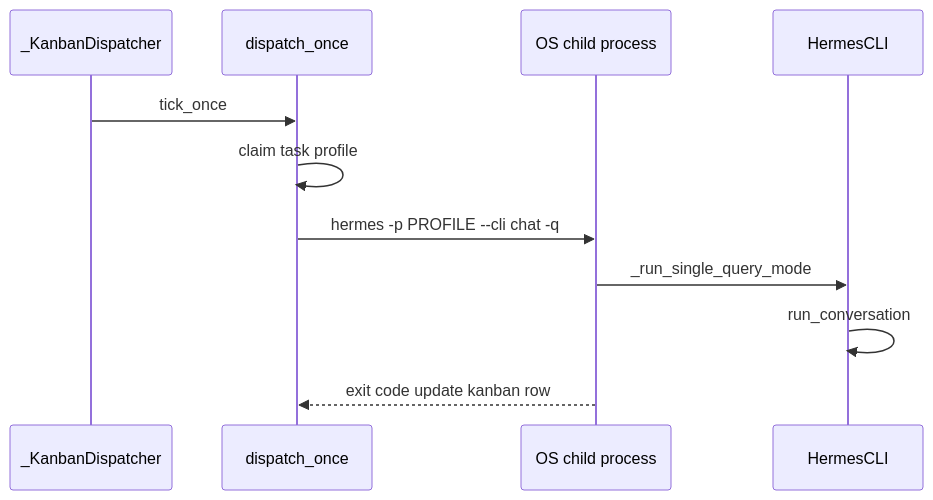
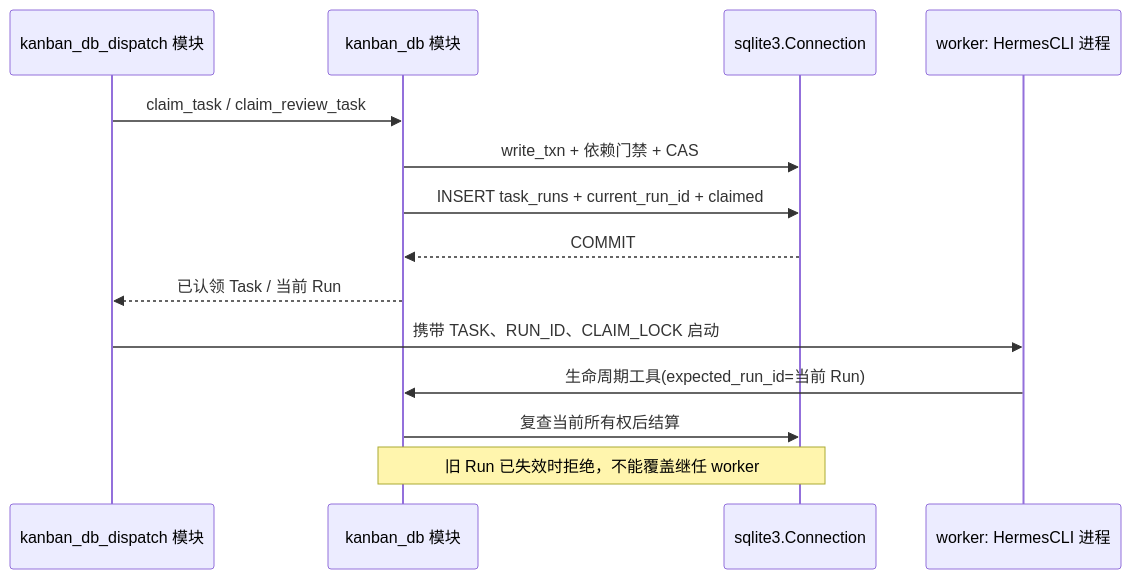
One commit to themass/agent-docs changed the tenth of 15 diagrams in hermes/docs/volumes/07-multi-agent-and-kanban.md. Above: the diagram before and after it, drawn with Mermaid. The commit also changed other lines of this file and 508 other files, not shown here.

````diff
--- a/hermes/docs/volumes/07-multi-agent-and-kanban.md
+++ b/hermes/docs/volumes/07-multi-agent-and-kanban.md
@@ -146,14 +522,16 @@
 ```mermaid
 sequenceDiagram
-    participant D as _KanbanDispatcher
-    participant DB as dispatch_once
-    participant W as OS child process
-    participant C as HermesCLI
-
-    D->>DB: tick_once
-    DB->>DB: claim task profile
-    DB->>W: hermes -p PROFILE --cli chat -q
-    W->>C: _run_single_query_mode
-    C->>C: run_conversation
-    W-->>DB: exit code update kanban row
+    participant D as kanban_db_dispatch 模块
+    participant K as kanban_db 模块
+    participant B as sqlite3.Connection
+    participant W as worker: HermesCLI 进程
+    D->>K: claim_task / claim_review_task
+    K->>B: write_txn + 依赖门禁 + CAS
+    K->>B: INSERT task_runs + current_run_id + claimed
+    B-->>K: COMMIT
+    K-->>D: 已认领 Task / 当前 Run
+    D->>W: 携带 TASK、RUN_ID、CLAIM_LOCK 启动
+    W->>K: 生命周期工具(expected_run_id=当前 Run)
+    K->>B: 复查当前所有权后结算
+    Note over K,B: 旧 Run 已失效时拒绝，不能覆盖继任 worker
 ```
````
